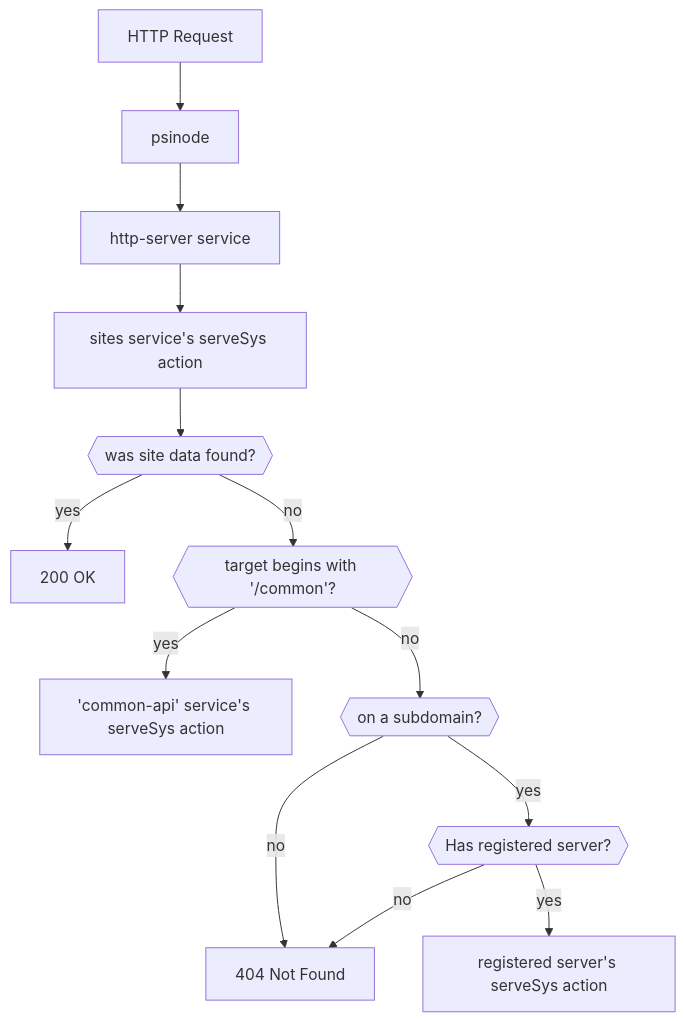
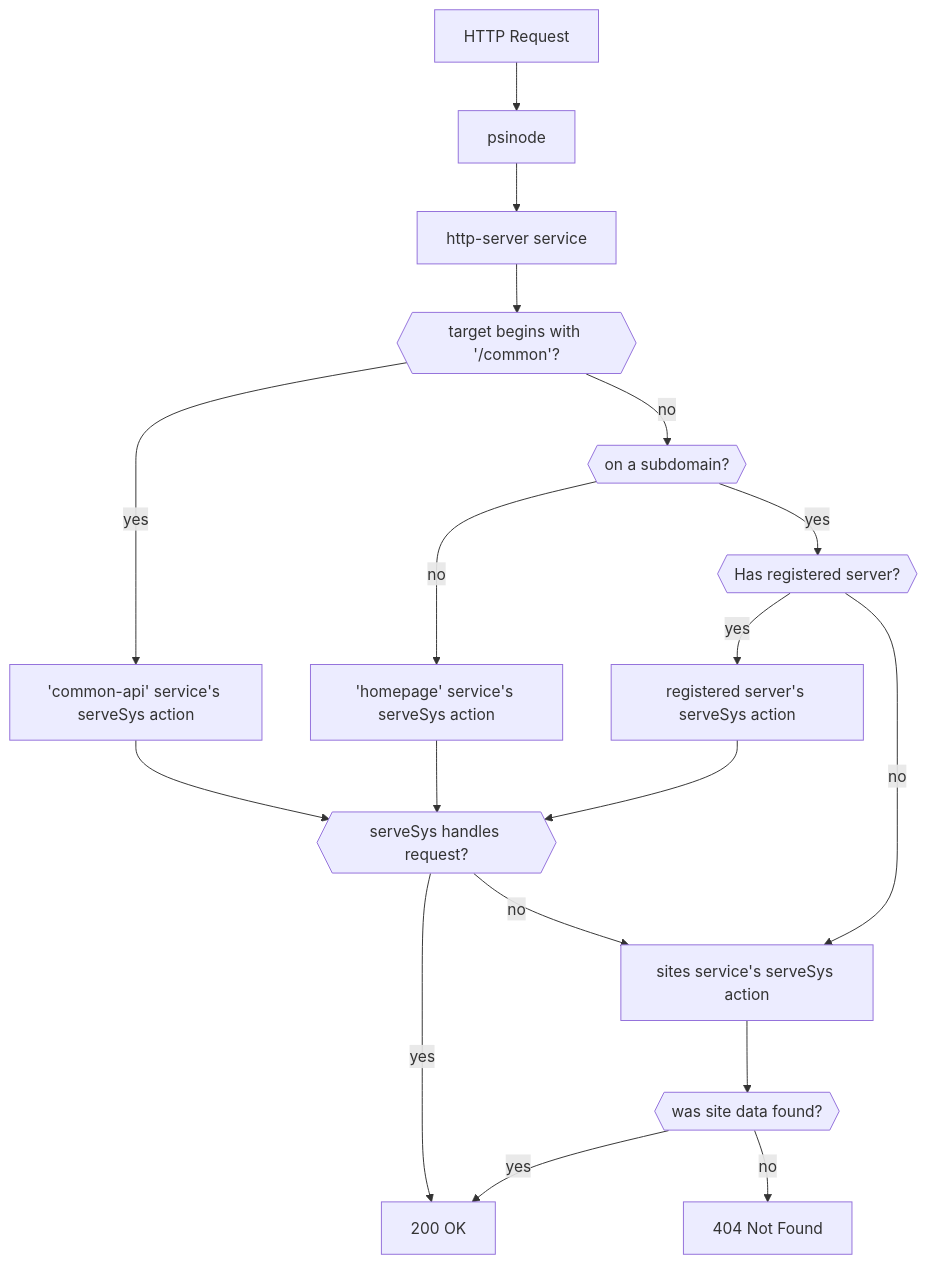
Before and after one commit to gofractally/psibase: the diagram in doc/psidk/src/development/services/cpp-service/reference/web-services.md, drawn with Mermaid. The commit also changed 1 other file, not shown here.

Commit message:
Update http-server flowchart

````diff
--- a/doc/psidk/src/development/services/cpp-service/reference/web-services.md
+++ b/doc/psidk/src/development/services/cpp-service/reference/web-services.md
@@ -5,16 +5,23 @@
 ```mermaid
 flowchart TD
    200[200 OK]
    404[404 Not Found]
 
    A[HTTP Request]
    B[psinode]
    C[http-server service]
-   D[sites service's serveSys action]
+   sites[sites service's serveSys action]
+   serveSys{{serveSys handles request?}}
 
-   A --> B --> C --> D --> E{{was site data found?}} -->|yes| 200
-   E -->|no| G{{target begins with '/common'?}} -->|yes| H['common-api' service's serveSys action]
-   G -->|no| I{{on a subdomain?}} -->|no| 404
-   I -->|yes| J{{Has registered server?}} -->|no| 404
-   J -->|yes| L[registered server's serveSys action]
+   A --> B --> C
+   sites --> E{{was site data found?}} -->|yes| 200
+   E -->|no| 404
+   C --> G{{target begins with '/common'?}}
+   G -->|yes| common['common-api' service's serveSys action] --> serveSys
+   G -->|no| I{{on a subdomain?}} -->|no| home['homepage' service's serveSys action] --> serveSys
+   I -->|yes| J{{Has registered server?}}
+   J -->|yes| L[registered server's serveSys action] --> serveSys
+   J -->|no| sites
+   serveSys -->|yes| 200
+   serveSys -->|no| sites
 ```
````
